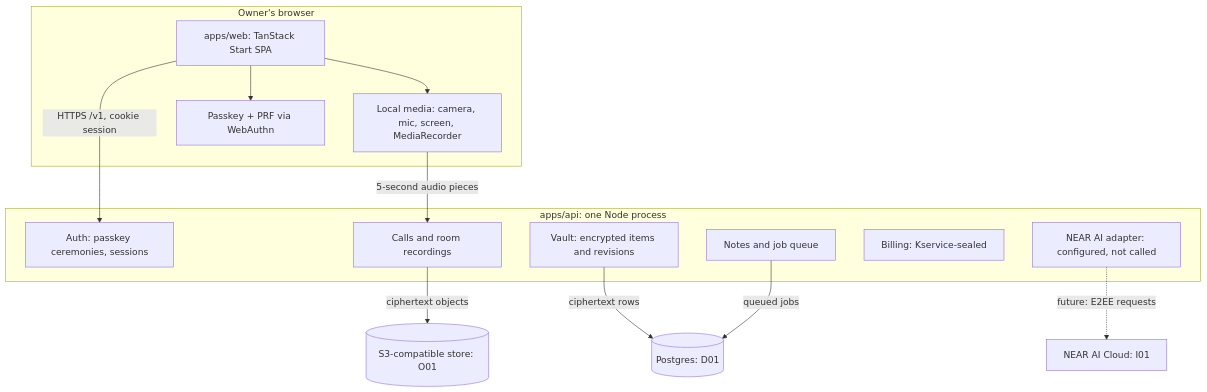
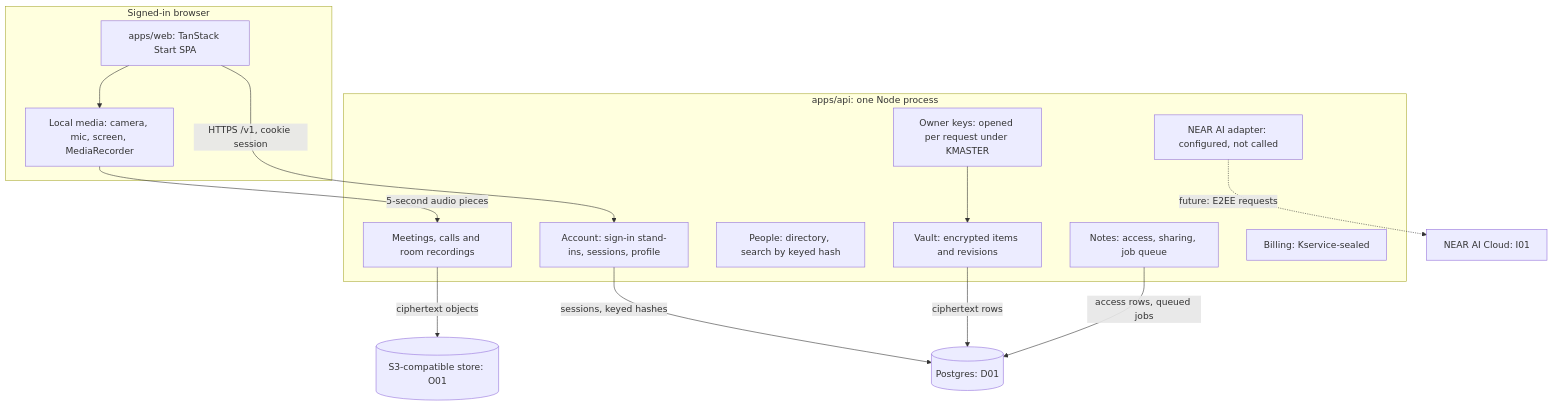
The diagram in docs/engineering/system-architecture.md (thebakedalaskan/alcove-solutions), drawn with Mermaid before and after one commit. The commit also changed other lines of this file and 127 other files, not shown here.

````diff
--- a/docs/engineering/system-architecture.md
+++ b/docs/engineering/system-architecture.md
@@ -10,24 +10,26 @@
 ```mermaid
 flowchart TB
-    subgraph Browser[Owner's browser]
+    subgraph Browser[Signed-in browser]
         UI[apps/web: TanStack Start SPA]
         Media[Local media: camera, mic, screen, MediaRecorder]
-        Passkey[Passkey + PRF via WebAuthn]
         UI --> Media
-        UI --> Passkey
     end
     subgraph API[apps/api: one Node process]
-        Auth[Auth: passkey ceremonies, sessions]
+        Account[Account: sign-in stand-ins, sessions, profile]
+        Keys[Owner keys: opened per request under KMASTER]
         Vault[Vault: encrypted items and revisions]
-        Calls[Calls and room recordings]
-        Notes[Notes and job queue]
+        People[People: directory, search by keyed hash]
+        Calls[Meetings, calls and room recordings]
+        Notes[Notes: access, sharing, job queue]
         Billing[Billing: Kservice-sealed]
         Inference[NEAR AI adapter: configured, not called]
     end
-    UI -->|HTTPS /v1, cookie session| Auth
+    UI -->|HTTPS /v1, cookie session| Account
     Media -->|5-second audio pieces| Calls
-    Vault -->|ciphertext rows| DB[(Postgres: D01)]
+    Keys --> Vault
+    Account -->|sessions, keyed hashes| DB[(Postgres: D01)]
+    Vault -->|ciphertext rows| DB
+    Notes -->|access rows, queued jobs| DB
     Calls -->|ciphertext objects| Obj[(S3-compatible store: O01)]
-    Notes -->|queued jobs| DB
     Inference -.->|future: E2EE requests| I01[NEAR AI Cloud: I01]
 ```
````
